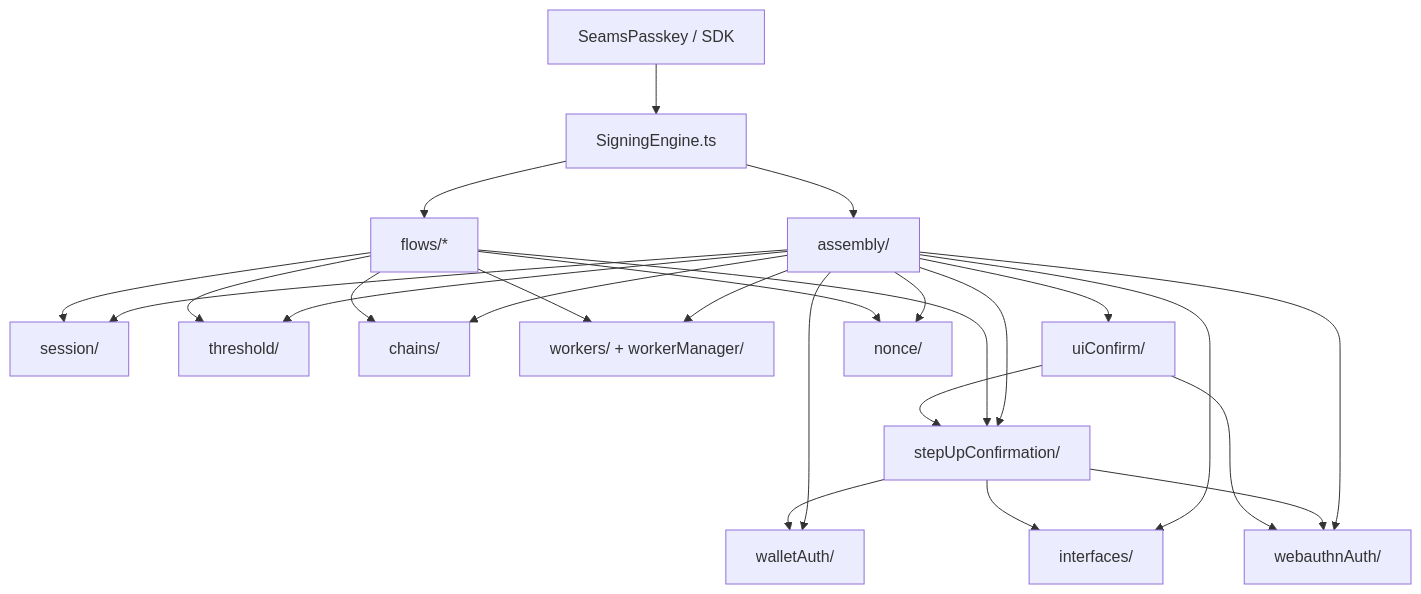
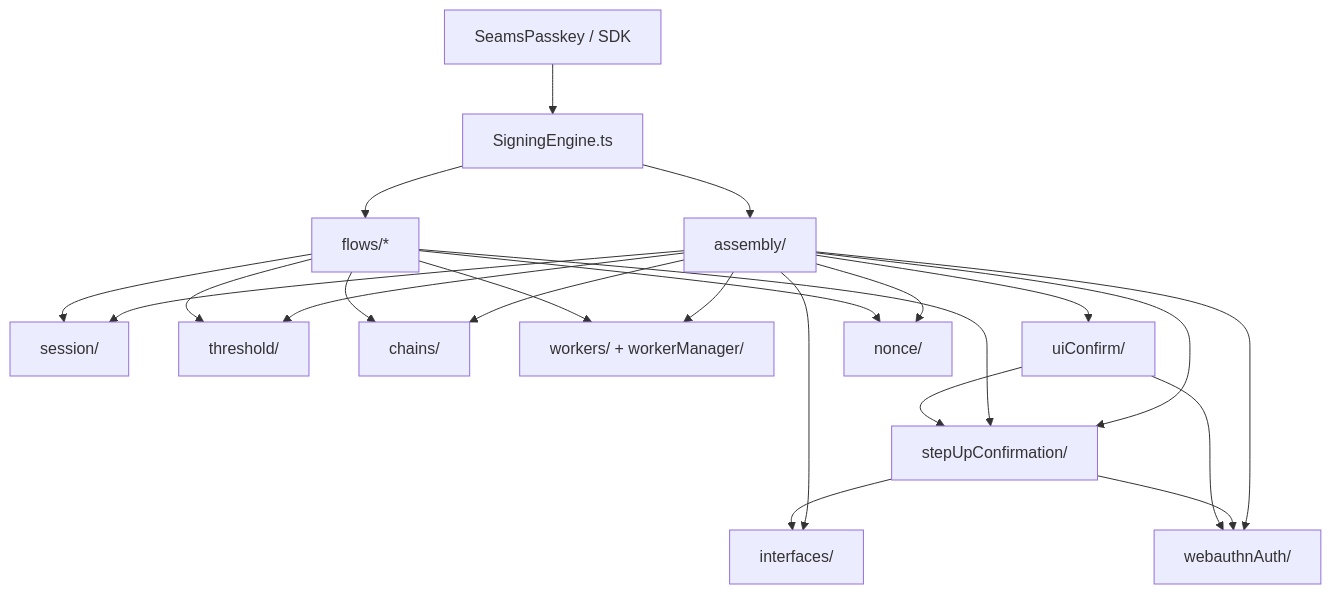
Before and after one commit to seams-tech/seams-sdk: the first of 4 diagrams in client/src/core/signingEngine/README.md, drawn with Mermaid. The commit also changed other lines of this file and 218 other files, not shown here.

````diff
--- a/client/src/core/signingEngine/README.md
+++ b/client/src/core/signingEngine/README.md
@@ -60,27 +59,25 @@
 ```mermaid
 flowchart TD
   SP["SeamsPasskey / SDK"] --> SE["SigningEngine.ts"]
   SE --> INIT["assembly/"]
   SE --> OPS["flows/*"]
   INIT --> SESSION["session/"]
   INIT --> CONF["stepUpConfirmation/"]
   INIT --> THRESHOLD["threshold/"]
   INIT --> CHAINS["chains/"]
   INIT --> WORKERS["workers/ + workerManager/"]
-  INIT --> AUTH["walletAuth/"]
   INIT --> UI["uiConfirm/"]
   INIT --> NONCE["nonce/"]
   INIT --> IFACE["interfaces/"]
   INIT --> WEBAUTHN["webauthnAuth/"]
   OPS --> SESSION
   OPS --> CONF
   OPS --> THRESHOLD
   OPS --> CHAINS
   OPS --> WORKERS
   OPS --> NONCE
-  CONF --> AUTH
   CONF --> WEBAUTHN
   CONF --> IFACE
   UI --> CONF
   UI --> WEBAUTHN
 ```
````
